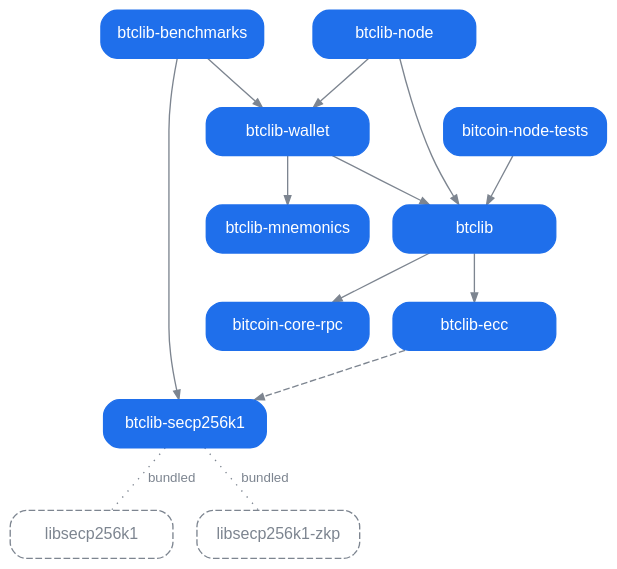
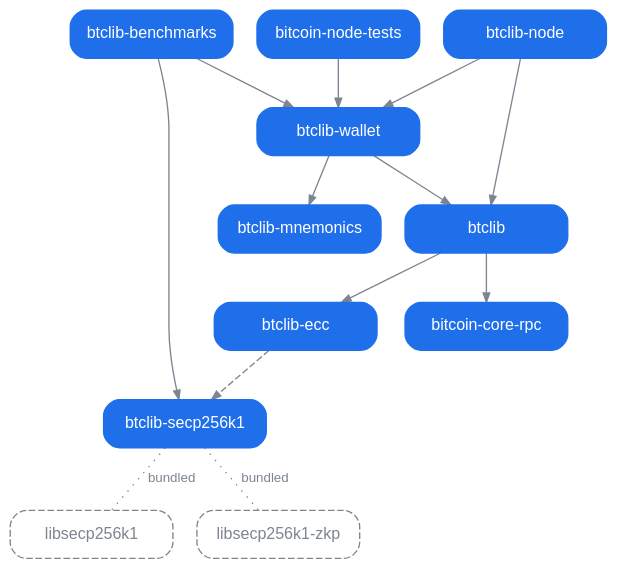
The diagram in profile/dependencies.dot (btclib-org/.github), drawn with Graphviz before and after one commit. The commit also changed 1 other file, not shown here.

Commit message:
The dependency graph draws bitcoin-node-tests' requirement of btclib-wallet (closes #1653) (#1657)
bitcoin-node-tests declares btclib-wallet in its dependencies, so the
graph draws an arrow to it. An arrow points at a higher row, so
bitcoin-node-tests moves down to btclib-node's row. btclib-wallet reaches
btclib, and btclib reaches btclib-ecc and bitcoin-core-rpc, so the
arrows to btclib are implied and dropped. btclib-node's and
btclib-benchmarks' arrows to btclib-wallet are rerouted to leave room.

dependencies.svg is rendered from dependencies.dot by the
render-dependencies hook.

```diff
--- a/profile/dependencies.dot
+++ b/profile/dependencies.dot
@@ -1,83 +1,83 @@
 // How the organization's packages depend on each other: the source of
 // dependencies.svg beside it, which profile/README.md shows.
 //
 // A node is the `[project]` name of every tree of the organization that
 // builds a distribution, `[build-system]` being what says it does. A tree
 // that builds none is not drawn, and neither is an arrow into or out of
 // one. A grey dashed outline is not a package of the organization but a C
 // library one of them bundles: the submodule `X` of such a tree is the
 // node `libX`.
 //
 // An arrow points from a project up to what it depends on: solid where
 // `dependencies` in its pyproject.toml names the target, and dashed where
 // only an `optional-dependencies` extra does. An arrow is drawn only
 // where the dependent, bare or with one of its extras, does not already
 // install its target, with the extras it asks of it, through the arrows
 // that are drawn: `btclib[secp256k1]` asks `btclib-ecc[secp256k1]`, so
 // `btclib`'s own requirement of `btclib-secp256k1` draws nothing, while
 // `btclib-node` asks `btclib[secp256k1]` and `btclib-wallet`'s
 // `dependencies` ask bare `btclib`, so both of `btclib-node`'s arrows are
 // drawn. The extras are written nowhere, and dependency groups are left
 // out, being what a checkout of the tree installs rather than what a user
 // of the package does. A dotted line with no arrowhead, labelled
 // `bundled`, joins a package to a C library that is a submodule of its
 // tree, built into the package rather than installed beside it.
 // tests/dependencies_test.py compares this file with every tree's
 // pyproject.toml and .gitmodules.
 //
 // Every position is set by hand and rendered as it stands, by neato with
 // `nop: 2` in .github/scripts/render_dependencies.mjs, which takes the
 // nodes and the edges where they are written. A node's `pos` is its
 // centre in points, y growing upward, and a row is a level: what a
 // package depends on sits above it, in four columns 145 apart. An edge's
 // `pos` is its route as the control points of a spline whose segments
 // are straight, `e,` giving where the arrowhead's tip lands, and a
-// label's `lp` is where it is written. The arrows into `btclib` from
-// the row below meet on one horizontal run under it, and `btclib-node`'s,
-// from the row under that, goes straight up through it.
+// label's `lp` is where it is written. `btclib-wallet`'s arrow into
+// `btclib` runs along one horizontal line under it, and `btclib-node`'s,
+// from the row under that, goes straight up through that line.
 //
 // The colours are for a transparent background under both of GitHub's
 // themes: text sits on the fill of its box, and the grey of the arrows
 // and of the outlined C libraries reads on the light theme's white and
 // the dark theme's near-black.
 digraph dependencies {
     graph [bgcolor="transparent", outputorder=edgesfirst, pad=0.2];
     node [shape=box, style="rounded,filled", color="#1f6feb", fillcolor="#1f6feb",
           fontcolor="#ffffff", fontname="Helvetica", fontsize=12, width=1.7, height=0.5, fixedsize=true];
     edge [color="#7d8590", fontcolor="#7d8590", fontname="Helvetica", fontsize=10, arrowsize=0.7];
 
     "libsecp256k1"     [pos="290,560", style="rounded,dashed", color="#7d8590", fontcolor="#7d8590"];
     "libsecp256k1-zkp" [pos="435,560", style="rounded,dashed", color="#7d8590", fontcolor="#7d8590"];
     "btclib-mnemonics" [pos="0,460"];
     "bitcoin-core-rpc" [pos="145,460"];
     "btclib-secp256k1" [pos="290,460"];
     "btclib-ecc"       [pos="290,360"];
     "btclib"           [pos="290,260"];
     "btclib-wallet"      [pos="0,160"];
-    "bitcoin-node-tests" [pos="145,160"];
+    "bitcoin-node-tests" [pos="145,60"];
     "btclib-benchmarks"  [pos="435,60"];
     "btclib-node"        [pos="290,60"];
 
     "btclib-secp256k1" -> "libsecp256k1" [style=dotted, arrowhead=none, label="bundled", lp="262,510",
         pos="290,478 290,478 290,542 290,542"];
     "btclib-secp256k1" -> "libsecp256k1-zkp" [style=dotted, arrowhead=none, label="bundled", lp="463,526",
         pos="320,478 320,478 320,510 320,510 320,510 435,510 435,510 435,510 435,542 435,542"];
     "btclib-ecc" -> "btclib-secp256k1" [style=dashed,
         pos="e,290,442 290,378 290,378 290,435 290,435"];
     "btclib" -> "btclib-ecc" [pos="e,290,342 290,278 290,278 290,335 290,335"];
     "btclib" -> "bitcoin-core-rpc"
         [pos="e,145,442 229,260 229,260 145,260 145,260 145,260 145,435 145,435"];
     "btclib-wallet" -> "btclib"
         [pos="e,290,242 20,178 20,178 20,210 20,210 20,210 290,210 290,210 290,210 290,235 290,235"];
-    "bitcoin-node-tests" -> "btclib"
-        [pos="e,290,242 145,178 145,178 145,210 145,210 145,210 290,210 290,210 290,210 290,235 290,235"];
+    "bitcoin-node-tests" -> "btclib-wallet"
+        [pos="e,-20,142 125,78 125,78 125,92 125,92 125,92 -20,92 -20,92 -20,92 -20,135 -20,135"];
     "btclib-node" -> "btclib" [
         pos="e,290,242 290,78 290,78 290,235 290,235"];
     "btclib-node" -> "btclib-wallet"
-        [pos="e,0,142 229,60 229,60 0,60 0,60 0,60 0,135 0,135"];
+        [pos="e,0,142 270,78 270,78 270,108 270,108 270,108 0,108 0,108 0,108 0,135 0,135"];
     "btclib-benchmarks" -> "btclib-wallet"
-        [pos="e,20,142 415,78 415,78 415,110 415,110 415,110 20,110 20,110 20,110 20,135 20,135"];
+        [pos="e,20,142 415,78 415,78 415,125 415,125 415,125 20,125 20,125 20,125 20,135 20,135"];
     "btclib-benchmarks" -> "btclib-secp256k1"
         [pos="e,351,460 455,78 455,78 455,460 455,460 455,460 358,460 358,460"];
     "btclib-wallet" -> "btclib-mnemonics" [pos="e,-20,442 -20,178 -20,178 -20,435 -20,435"];
 }
```
